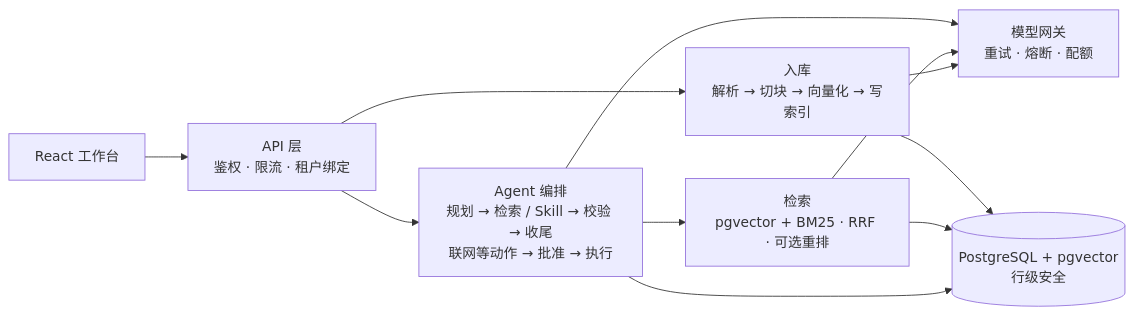
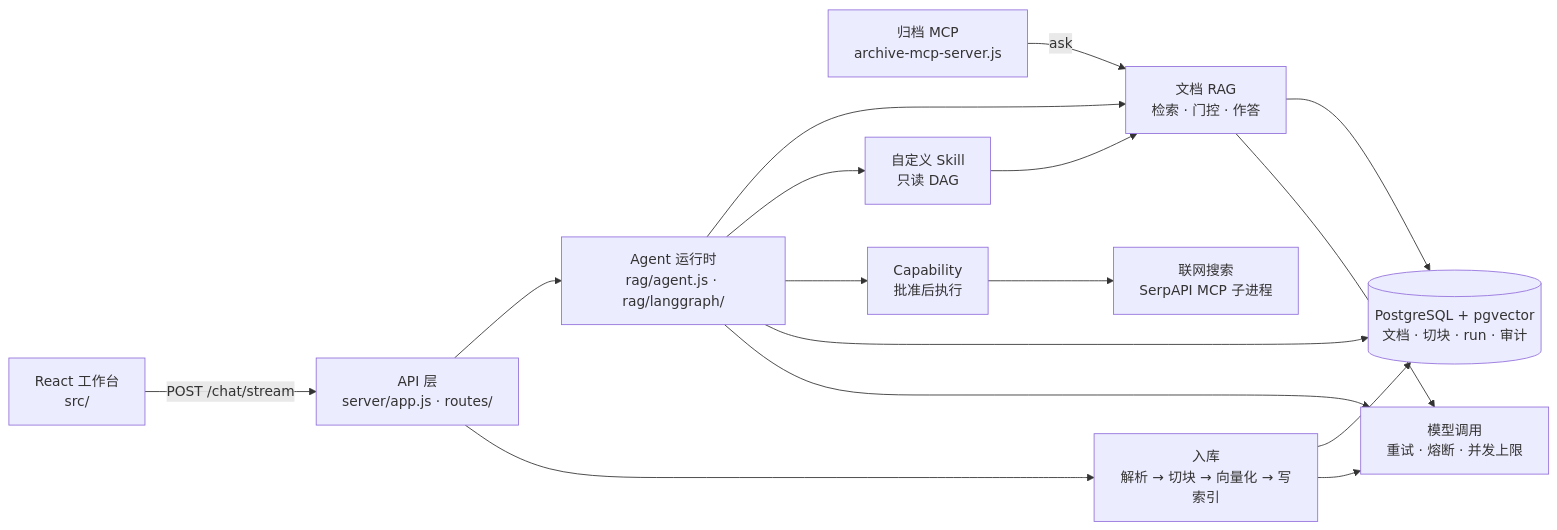
The diagram in README.md (luc1ferxx/Luc1ferxx_Archive_RAG), drawn with Mermaid before and after one commit. The commit also changed other lines of this file and 1 other file, not shown here.

````diff
--- a/README.md
+++ b/README.md
@@ -81,13 +36,18 @@
 ```mermaid
 flowchart LR
-  UI["React 工作台"] --> API["API 层<br/>鉴权 · 限流 · 租户绑定"]
+  UI["React 工作台<br/>src/"] -->|"POST /chat/stream"| API["API 层<br/>server/app.js · routes/"]
+  MCP["归档 MCP<br/>archive-mcp-server.js"] -->|"ask"| RAG
+  API --> Agent["Agent 运行时<br/>rag/agent.js · rag/langgraph/"]
   API --> Ingest["入库<br/>解析 → 切块 → 向量化 → 写索引"]
-  API --> Agent["Agent 编排<br/>规划 → 检索 / Skill → 校验 → 收尾<br/>联网等动作 → 批准 → 执行"]
-  Agent --> Retrieval["检索<br/>pgvector + BM25 · RRF · 可选重排"]
-  Agent --> Gateway["模型网关<br/>重试 · 熔断 · 配额"]
-  Retrieval --> Gateway
-  Ingest --> Gateway
-  Ingest --> PG[("PostgreSQL + pgvector<br/>行级安全")]
-  Retrieval --> PG
+  Agent --> RAG["文档 RAG<br/>检索 · 门控 · 作答"]
+  Agent --> Skill["自定义 Skill<br/>只读 DAG"]
+  Agent --> Cap["Capability<br/>批准后执行"]
+  Skill --> RAG
+  Cap --> Web["联网搜索<br/>SerpAPI MCP 子进程"]
+  RAG --> PG[("PostgreSQL + pgvector<br/>文档 · 切块 · run · 审计")]
+  Ingest --> PG
   Agent --> PG
+  RAG --> Model["模型调用<br/>重试 · 熔断 · 并发上限"]
+  Ingest --> Model
+  Agent --> Model
 ```
````
